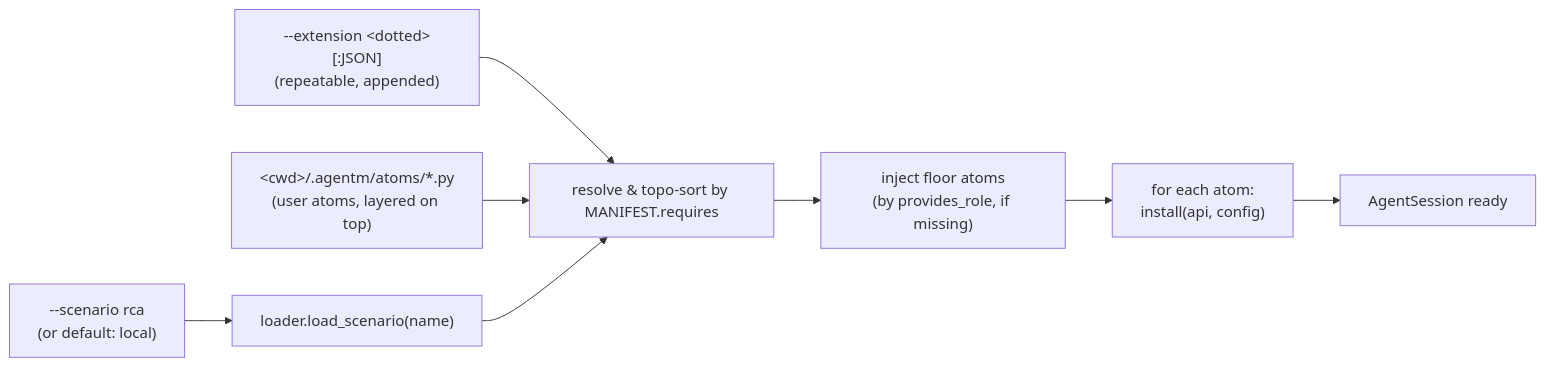
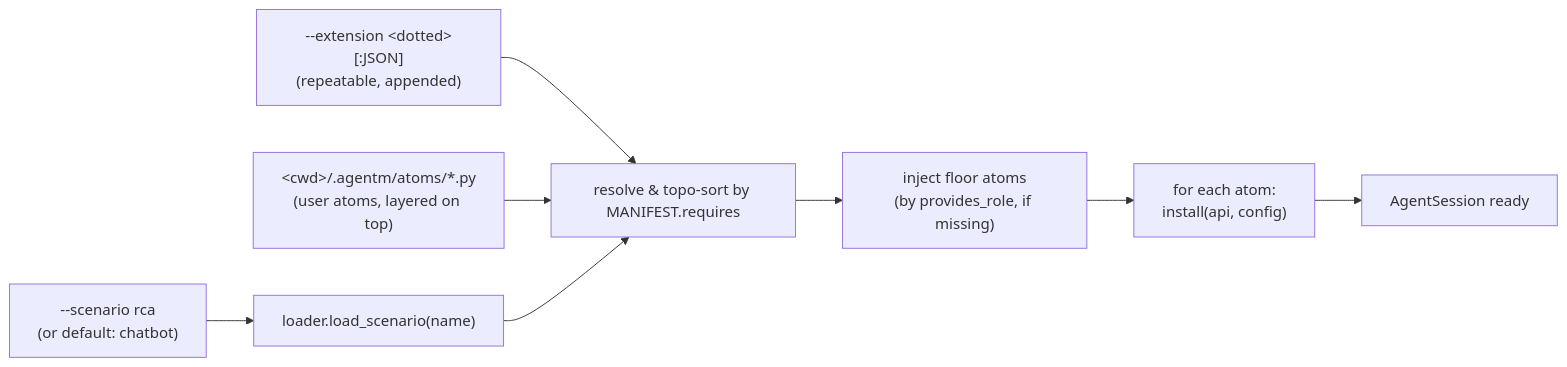
The diagram in README.md (Lincyaw/AgentM), drawn with Mermaid before and after one commit. The commit also changed other lines of this file and 13 other files, not shown here.

````diff
--- a/README.md
+++ b/README.md
@@ -31,10 +31,10 @@
 ```mermaid
 flowchart LR
-    SC["--scenario rca<br/>(or default: local)"] --> L["loader.load_scenario(name)"]
+    SC["--scenario rca<br/>(or default: chatbot)"] --> L["loader.load_scenario(name)"]
     EX["--extension &lt;dotted&gt;[:JSON]<br/>(repeatable, appended)"] --> R
     UA["&lt;cwd&gt;/.agentm/atoms/*.py<br/>(user atoms, layered on top)"] --> R
     L --> R["resolve &amp; topo-sort by MANIFEST.requires"]
     R --> F["inject floor atoms<br/>(by provides_role, if missing)"]
     F --> I["for each atom:<br/>install(api, config)"]
     I --> S["AgentSession ready"]
 ```
````
